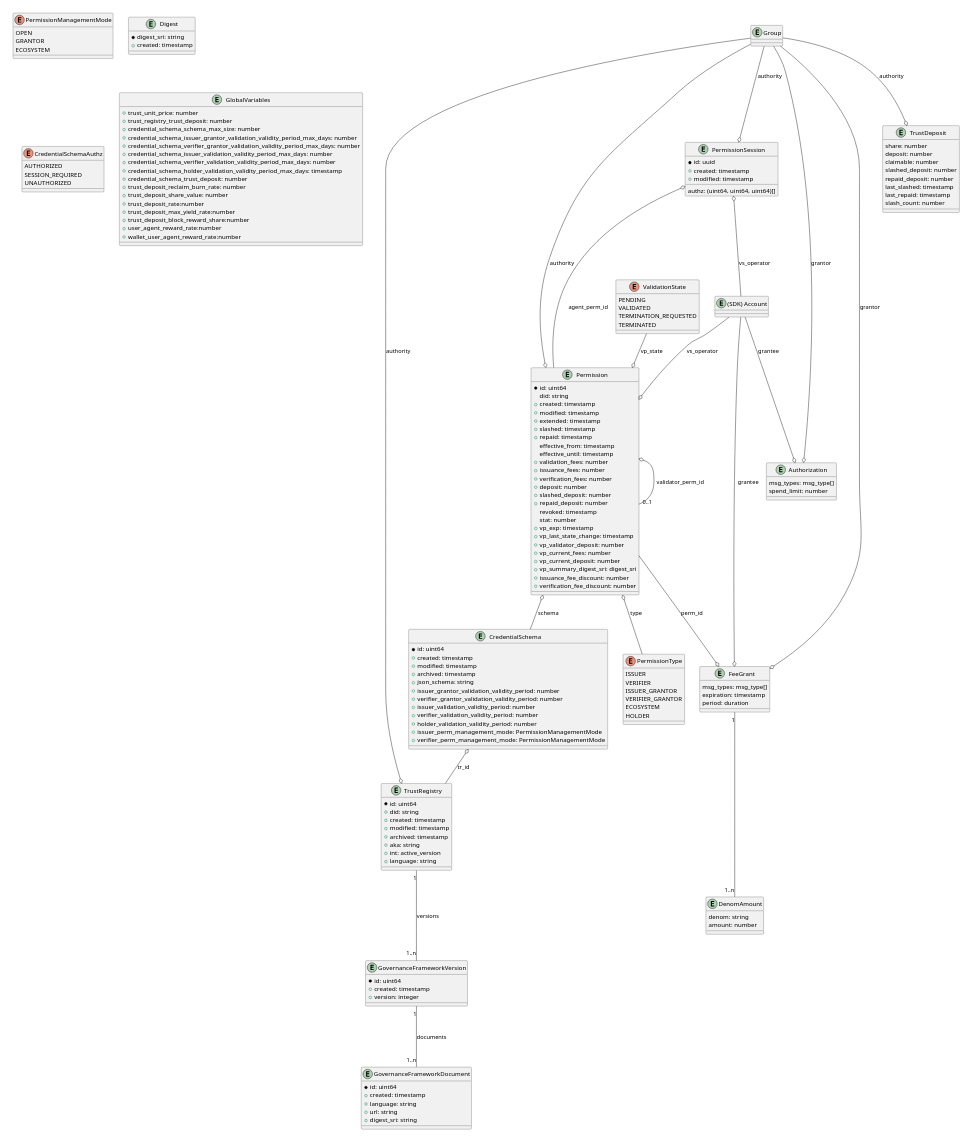
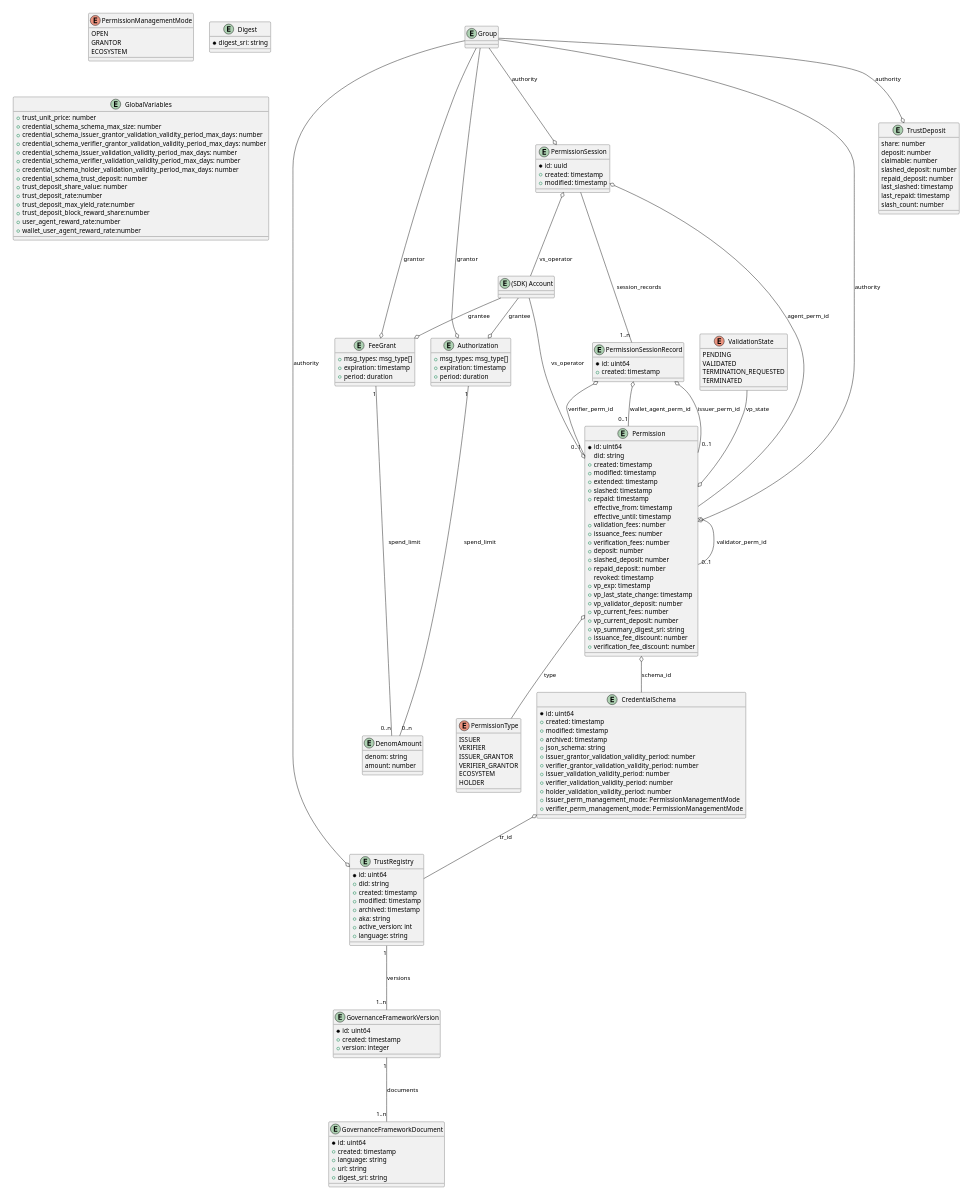
One commit to verana-labs/verifiable-trust-vpr-spec changed diagram 12 of 20 in spec.md. Above: the diagram before and after it, drawn with PlantUML. The commit also changed other lines of this file and 1 other file, not shown here.

```diff
--- a/spec.md
+++ b/spec.md
@@ -938,7 +938,7 @@
   +modified: timestamp
   +archived: timestamp
   +aka: string
-  +int: active_version
+  +active_version: int
   +language: string
   
 }
@@ -986,8 +986,9 @@
 }
 
 entity "Authorization" as authz {
-   msg_types: msg_type[]
-   spend_limit: number
+   +msg_types: msg_type[]
+   +expiration: timestamp
+   +period: duration
 }
 
 entity "DenomAmount" as da {
@@ -996,9 +997,9 @@
 }
 
 entity "FeeGrant" as feegrant {
-   msg_types: msg_type[]
-   expiration: timestamp
-   period: duration
+   +msg_types: msg_type[]
+   +expiration: timestamp
+   +period: duration
 }
 
 entity "Permission" as csp {
@@ -1018,13 +1019,12 @@
   +slashed_deposit: number
   +repaid_deposit: number
   revoked: timestamp
-  stat: number
   +vp_exp: timestamp
   +vp_last_state_change: timestamp
   +vp_validator_deposit: number
   +vp_current_fees: number
   +vp_current_deposit: number
-  +vp_summary_digest_sri: digest_sri
+  +vp_summary_digest_sri: string
   +issuance_fee_discount: number
   +verification_fee_discount: number
 }
@@ -1040,12 +1040,15 @@
   *id: uuid
   +created: timestamp
   +modified: timestamp
-  authz: (uint64, uint64, uint64)[]
+}
+
+entity "PermissionSessionRecord" as cspsr {
+  *id: uint64
+  +created: timestamp
 }
 
 entity "Digest" as digest {
   *digest_sri: string
-  +created: timestamp
 }
 
 enum "PermissionType" as cspt {
@@ -1057,24 +1060,16 @@
   HOLDER
 }
 
-enum "CredentialSchemaAuthz" as csa {
-  AUTHORIZED
-  SESSION_REQUIRED
-  UNAUTHORIZED
-}
-
 
 entity "GlobalVariables" as gv {
   +trust_unit_price: number
-  +trust_registry_trust_deposit: number
   +credential_schema_schema_max_size: number
   +credential_schema_issuer_grantor_validation_validity_period_max_days: number
   +credential_schema_verifier_grantor_validation_validity_period_max_days: number
   +credential_schema_issuer_validation_validity_period_max_days: number
   +credential_schema_verifier_validation_validity_period_max_days: number
-  +credential_schema_holder_validation_validity_period_max_days: timestamp
+  +credential_schema_holder_validation_validity_period_max_days: number
   +credential_schema_trust_deposit: number
-  +trust_deposit_reclaim_burn_rate: number
   +trust_deposit_share_value: number
   +trust_deposit_rate:number
   +trust_deposit_max_yield_rate:number
@@ -1099,14 +1094,20 @@
 
 group --o feegrant: grantor
 account --o feegrant: grantee
-csp --o feegrant: perm_id
 
 csp o-- cspt: type
-csp o-- cs: schema
+csp o-- cs: schema_id
 csp o-- "0..1" csp: validator_perm_id
 cs o-- tr: tr_id
 
-feegrant "1" --- "1..n" da
+csps --- "1..n" cspsr : session_records
+
+cspsr  o-- "0..1" csp: issuer_perm_id
+cspsr  o-- "0..1" csp: verifier_perm_id
+cspsr  o-- "0..1" csp: wallet_agent_perm_id
+
+feegrant "1" --- "0..n" da: spend_limit
+authz "1" --- "0..n" da: spend_limit
 
 
 tr "1" --- "1..n" gfv: versions 
```
